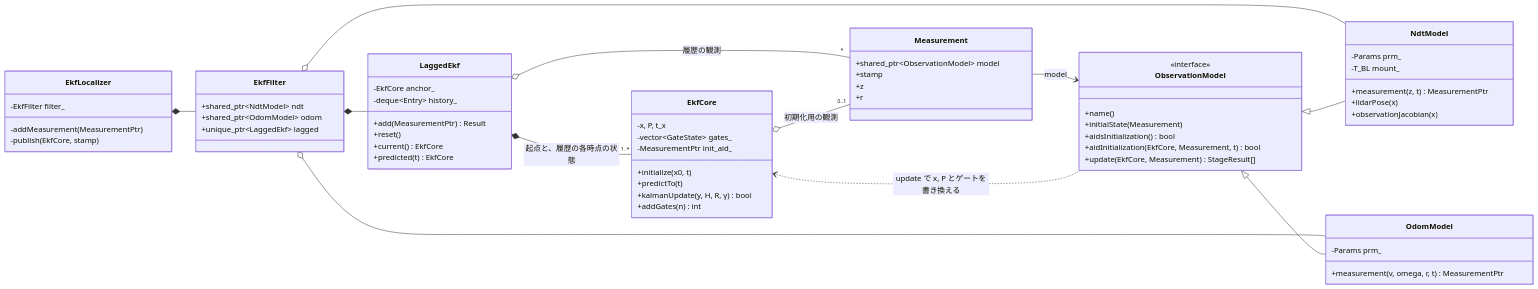
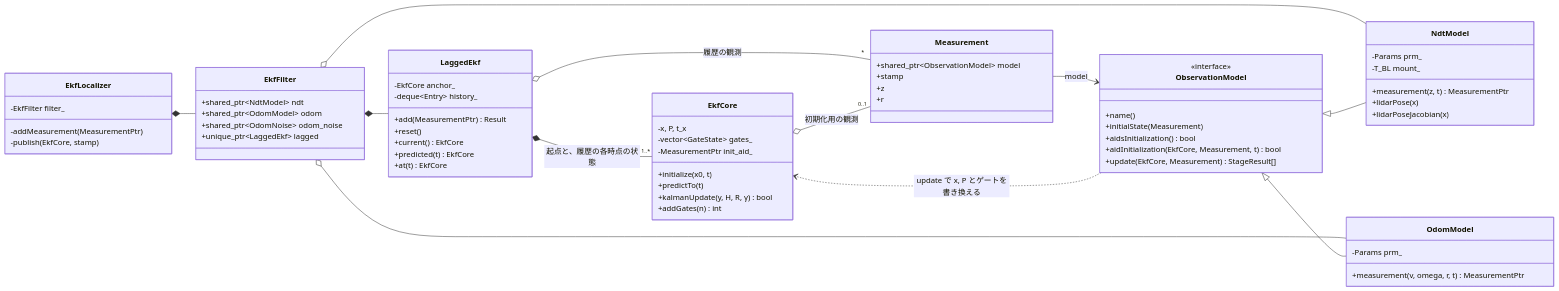
Before and after one commit to MaeharaTakumi/ekf_localizer: the second of 5 diagrams in docs/ekf_flow.md, drawn with Mermaid. The commit also changed other lines of this file and 1 other file, not shown here.

Commit message:
Docs: topic names only by remap, gate_ndt default 1e5, timestamps (stamp everywhere), class diagram (lidarPoseJacobian, at, OdomNoise)

````diff
--- a/docs/ekf_flow.md
+++ b/docs/ekf_flow.md
@@ -42,69 +43,71 @@
 ```mermaid
 classDiagram
   direction LR
 
   class EkfLocalizer {
     -EkfFilter filter_
     -addMeasurement(MeasurementPtr)
     -publish(EkfCore, stamp)
   }
   class EkfFilter {
     +shared_ptr~NdtModel~ ndt
     +shared_ptr~OdomModel~ odom
+    +shared_ptr~OdomNoise~ odom_noise
     +unique_ptr~LaggedEkf~ lagged
   }
   class LaggedEkf {
     -EkfCore anchor_
     -deque~Entry~ history_
     +add(MeasurementPtr) Result
     +reset()
     +current() EkfCore
     +predicted(t) EkfCore
+    +at(t) EkfCore
   }
   class EkfCore {
     -x, P, t_x
     -vector~GateState~ gates_
     -MeasurementPtr init_aid_
     +initialize(x0, t)
     +predictTo(t)
     +kalmanUpdate(y, H, R, γ) bool
     +addGates(n) int
   }
   class Measurement {
     +shared_ptr~ObservationModel~ model
     +stamp
     +z
     +r
   }
   class ObservationModel {
     <<interface>>
     +name()
     +initialState(Measurement)
     +aidsInitialization() bool
     +aidInitialization(EkfCore, Measurement, t) bool
     +update(EkfCore, Measurement) StageResult[]
   }
   class NdtModel {
     -Params prm_
     -T_BL mount_
     +measurement(z, t) MeasurementPtr
     +lidarPose(x)
-    +observationJacobian(x)
+    +lidarPoseJacobian(x)
   }
   class OdomModel {
     -Params prm_
     +measurement(v, omega, r, t) MeasurementPtr
   }
 
   EkfLocalizer *-- EkfFilter
   EkfFilter *-- LaggedEkf
   EkfFilter o-- NdtModel
   EkfFilter o-- OdomModel
   LaggedEkf *-- "1..*" EkfCore : 起点と、履歴の各時点の状態
   LaggedEkf o-- "*" Measurement : 履歴の観測
   EkfCore o-- "0..1" Measurement : 初期化用の観測
   Measurement --> ObservationModel : model
   ObservationModel <|-- NdtModel
   ObservationModel <|-- OdomModel
   ObservationModel ..> EkfCore : update で x, P とゲートを書き換える
 ```
````
